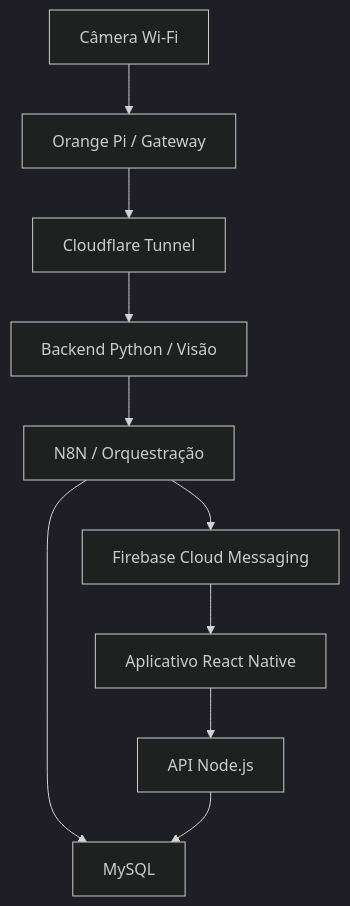
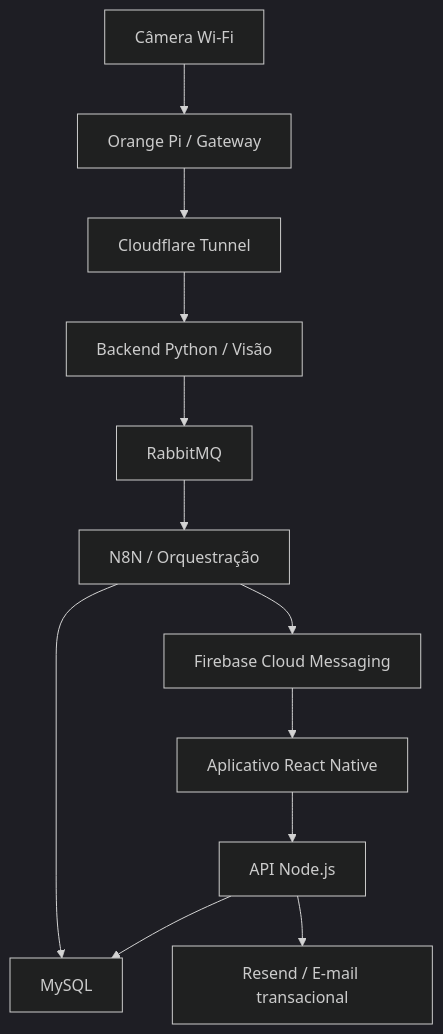
One commit to poolsafe/poolsafe-app-frontend changed the diagram in POOLSAFE_SOURCE_OF_TRUTH.md. Above: the diagram before and after it, drawn with Mermaid (dark theme). The commit also changed other lines of this file and 8 other files, not shown here.

````diff
--- a/POOLSAFE_SOURCE_OF_TRUTH.md
+++ b/POOLSAFE_SOURCE_OF_TRUTH.md
@@ -79,12 +80,14 @@
 ```mermaid
 flowchart TD
     CAM["Câmera Wi-Fi"] --> GW["Orange Pi / Gateway"]
     GW --> CF["Cloudflare Tunnel"]
     CF --> PY["Backend Python / Visão"]
-    PY --> N8N["N8N / Orquestração"]
+    PY --> MQ["RabbitMQ"]
+    MQ --> N8N["N8N / Orquestração"]
     N8N --> DB["MySQL"]
     N8N --> FCM["Firebase Cloud Messaging"]
     FCM --> APP["Aplicativo React Native"]
     APP --> API["API Node.js"]
     API --> DB
+    API --> EMAIL["Resend / E-mail transacional"]
 ```
````
